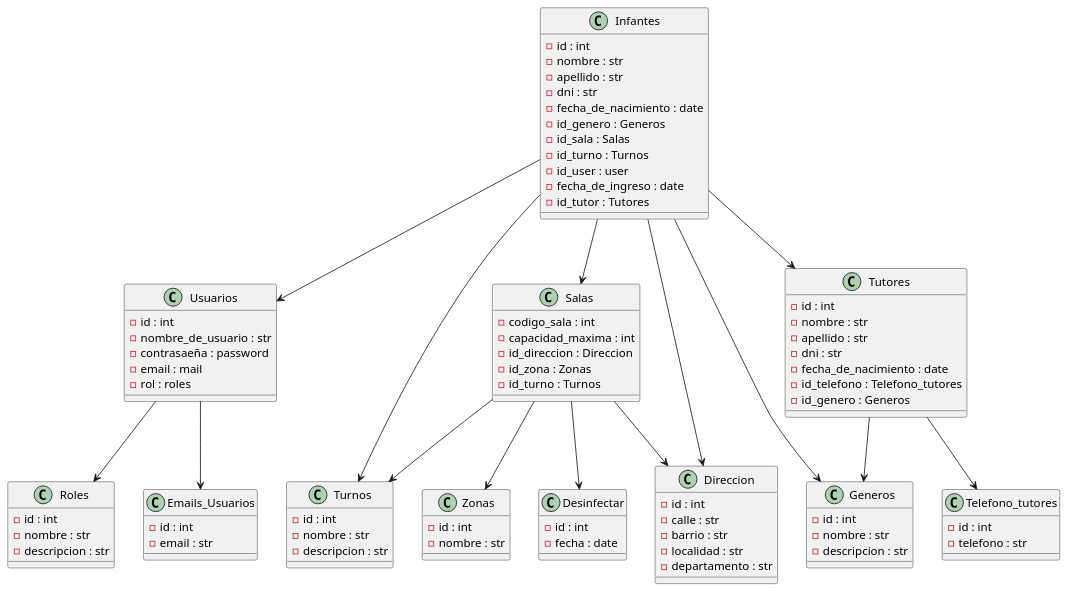
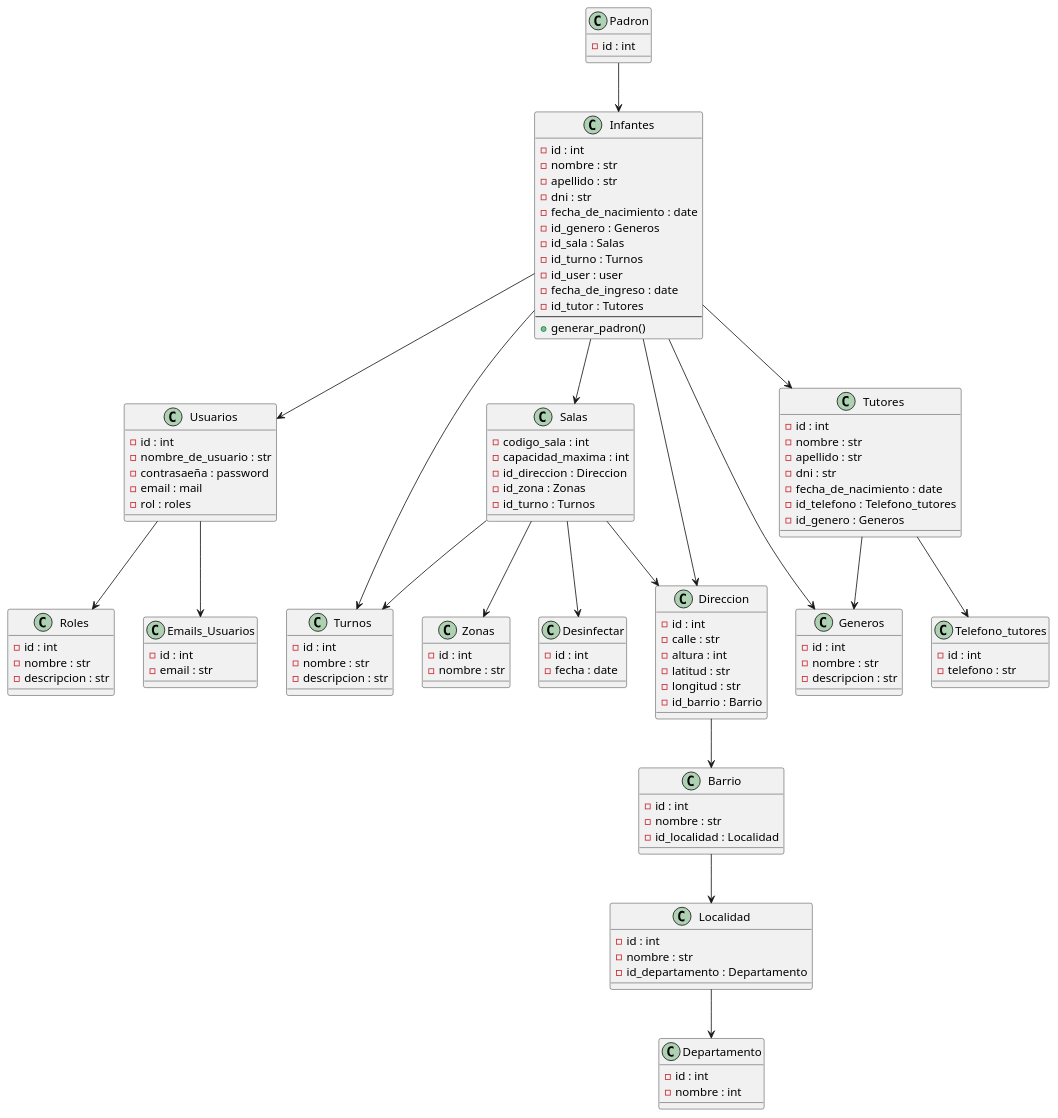
One commit to santiago6124/SalasCunaOLD changed the diagram in Diagram.wsd. Above: the diagram before and after it, drawn with PlantUML.

Commit message:
Actualizacion direccion

```diff
--- a/Diagram.wsd
+++ b/Diagram.wsd
@@ -1,103 +1,132 @@
 @startuml test
 
 class Infantes {
     -id : int
     -nombre : str
     -apellido : str
     -dni : str
     -fecha_de_nacimiento : date
     -id_genero : Generos
     -id_sala : Salas
     -id_turno : Turnos
     -id_user : user
     -fecha_de_ingreso : date
     -id_tutor : Tutores
+    --
+    +generar_padron()
 }
 
 class Usuarios {
     -id : int
     -nombre_de_usuario : str
     -contrasaeña : password
     -email : mail
     -rol : roles
 }
 
 class Salas {
     -codigo_sala : int
     -capacidad_maxima : int
     -id_direccion : Direccion
     -id_zona : Zonas
     -id_turno : Turnos
 } 
 
 class Zonas {
     -id : int
     -nombre : str
 }
 
 class Tutores {
     -id : int
     -nombre : str
     -apellido : str
     -dni : str
     -fecha_de_nacimiento : date
     -id_telefono : Telefono_tutores
     -id_genero : Generos
 }
 
 class Turnos {
     -id : int
     -nombre : str
     -descripcion : str
 }
 
 class Generos {
     -id : int
     -nombre : str
     -descripcion : str
 }
 
 class Roles {
     -id : int
     -nombre : str
     -descripcion : str
 }
 
 class Telefono_tutores {
     -id : int
     -telefono : str
 }
 
 class Emails_Usuarios {
     -id : int
     -email : str
 }
 
 class Desinfectar {
     -id : int
     -fecha : date
 }
 
 class Direccion {
     -id : int
     -calle : str
-    -barrio : str
-    -localidad : str
-    -departamento : str
+    -altura : int
+    -latitud : str
+    -longitud : str
+    -id_barrio : Barrio
 }
 
+class Barrio {
+    -id : int
+    -nombre : str
+    -id_localidad : Localidad
+}
+
+class Localidad {
+    -id : int
+    -nombre : str
+    -id_departamento : Departamento
+}
+
+class Departamento {
+    -id : int
+    -nombre : int
+}
+
+class Padron {
+    -id : int
+
+}
+
+Padron --> Infantes
 Infantes --> Salas
 Infantes --> Generos
 Infantes --> Tutores
 Infantes --> Turnos
 Infantes --> Usuarios
 Infantes --> Direccion
 Tutores --> Telefono_tutores
 Usuarios --> Roles
 Usuarios --> Emails_Usuarios
 Salas --> Zonas
 Salas --> Desinfectar
 Salas --> Turnos
 Salas --> Direccion
 Tutores --> Generos
+Direccion --> Barrio
+Barrio --> Localidad
+Localidad --> Departamento
 @enduml
```
